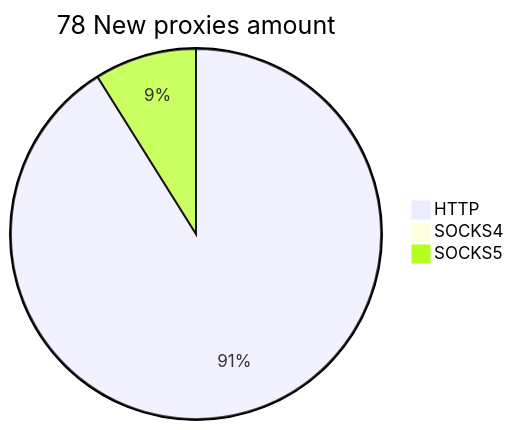
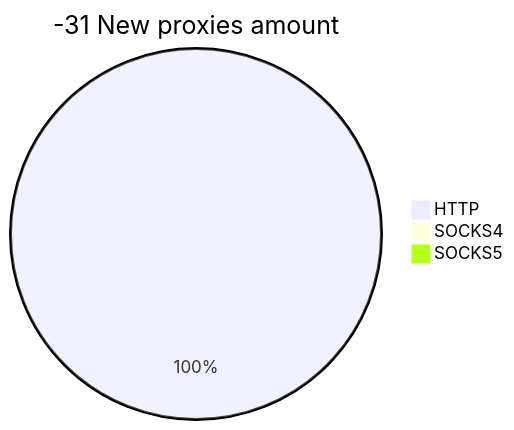
The second of 2 diagrams in README.md (cutipu/proxylist), drawn with Mermaid before and after one commit. The commit also changed other lines of this file, not shown here.

````diff
--- a/README.md
+++ b/README.md
@@ -10,6 +10,6 @@
 ```mermaid
-pie title 78 New proxies amount
-    "HTTP" : 92
+pie title -31 New proxies amount
+    "HTTP" : 6
     "SOCKS4" : 0
-    "SOCKS5" : 9
+    "SOCKS5" : 0
 ```
````
